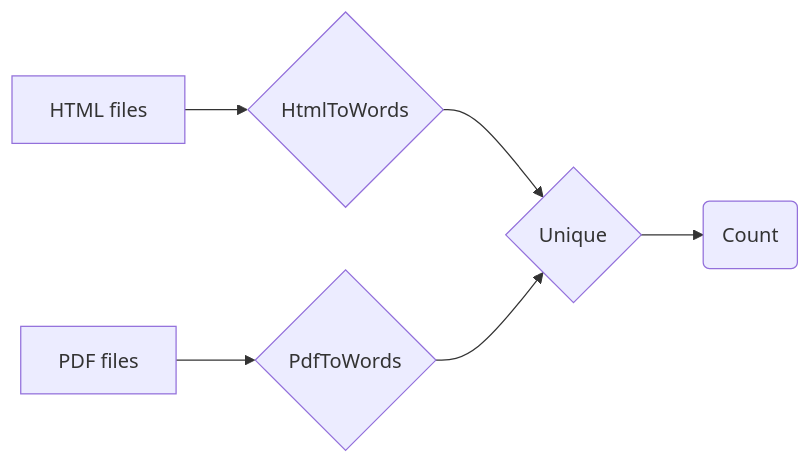
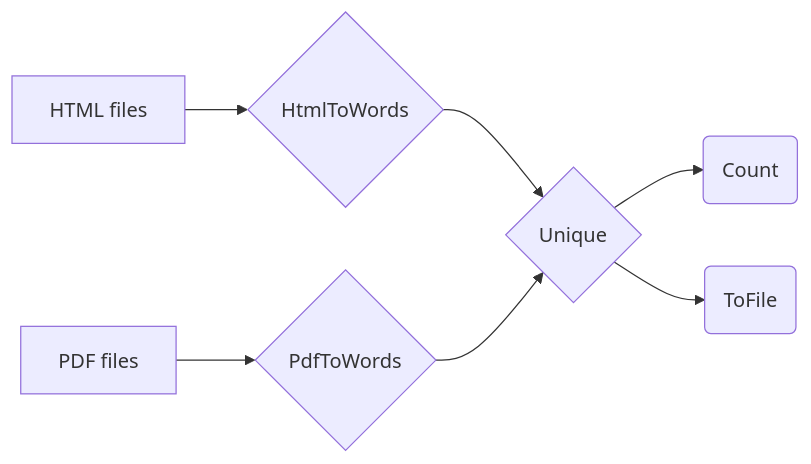
The first of 3 diagrams in docs/paper/arch.md (tjhu/go-prrrrr), drawn with Mermaid before and after one commit. The commit also changed other lines of this file and 6 other files, not shown here.

````diff
--- a/docs/paper/arch.md
+++ b/docs/paper/arch.md
@@ -7,8 +14,9 @@
 ```{.mermaid caption="Stream DAG diagram" #fig:stream}
 graph LR
     S1[HTML files] --> S1a{"HtmlToWords"} 
     S1a --> M{"Unique"}
     S2[PDF files] --> S2a{"PdfToWords"}
     S2a --> M
     M --> C("Count")
+    M --> F("ToFile")
 ```
````
